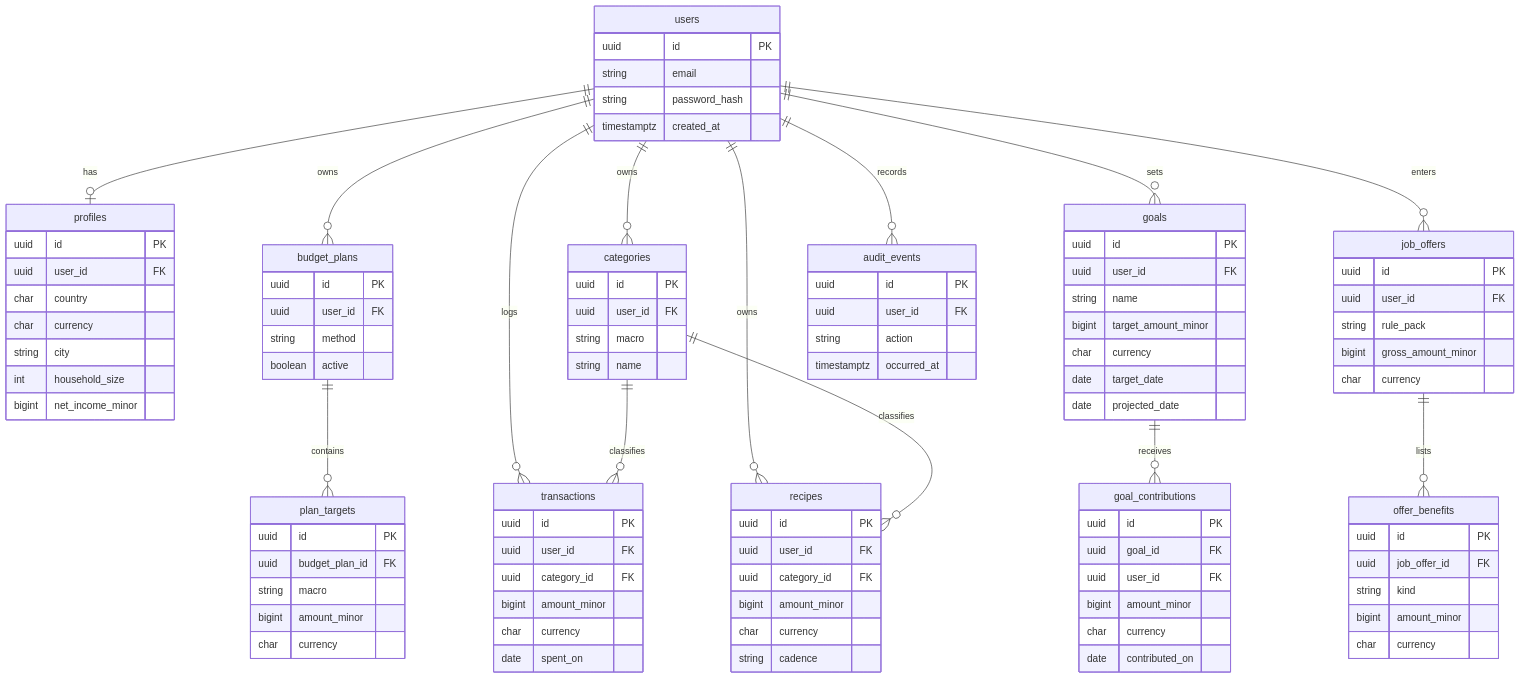
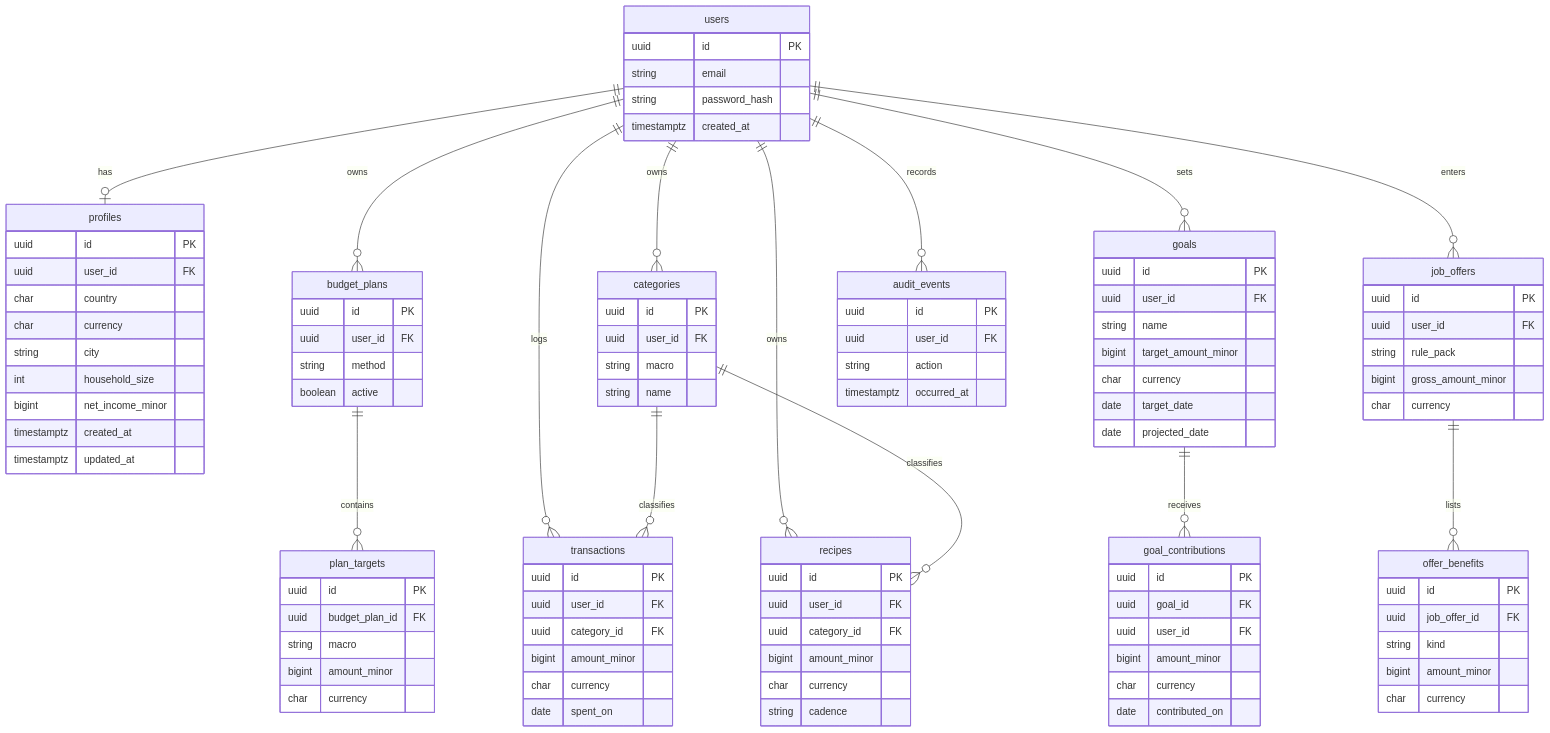
Before and after one commit to ilyas8888/moneymacros: the fourth of 5 diagrams in docs/ARCHITECTURE.md, drawn with Mermaid. The commit also changed 1 other file, not shown here.

Commit message:
feat(profile): add profiles table and update ERD
Day 8 schema: one profile per user, country/currency always set (MA/MAD),
city/household/net income empty until completed, timestamps added. Record the
timestamps in the ERD.

```diff
--- a/docs/ARCHITECTURE.md
+++ b/docs/ARCHITECTURE.md
@@ -166,6 +166,8 @@
         string city
         int household_size
         bigint net_income_minor
+        timestamptz created_at
+        timestamptz updated_at
     }
     budget_plans {
         uuid id PK
```
